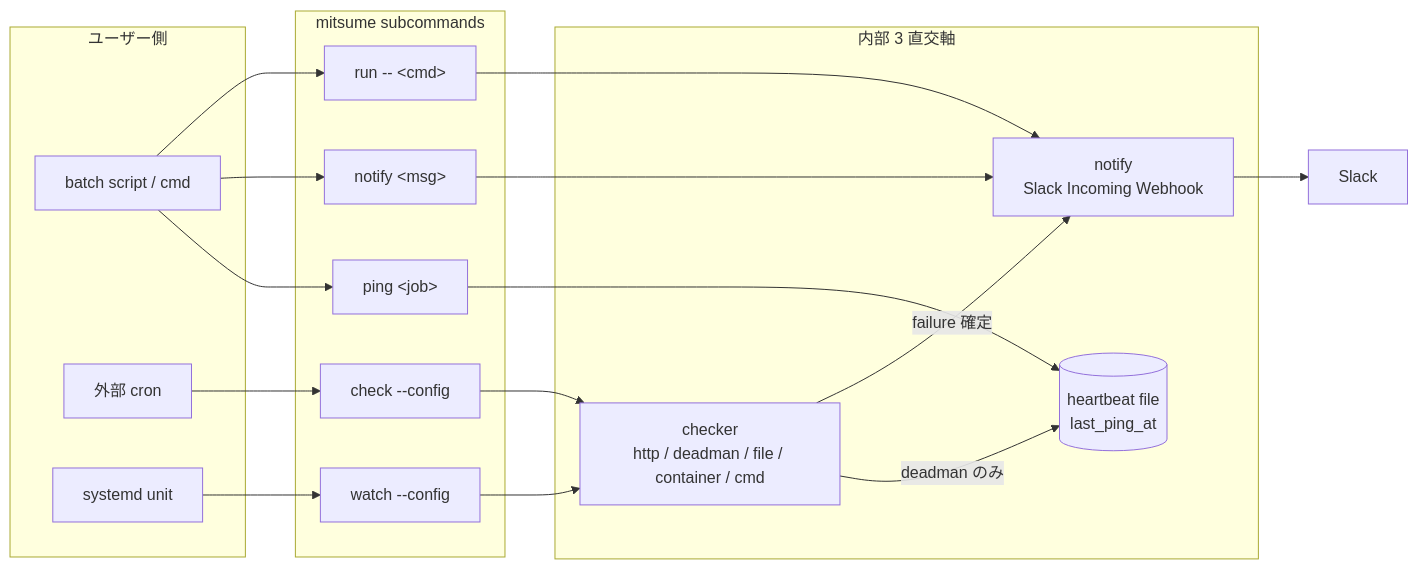
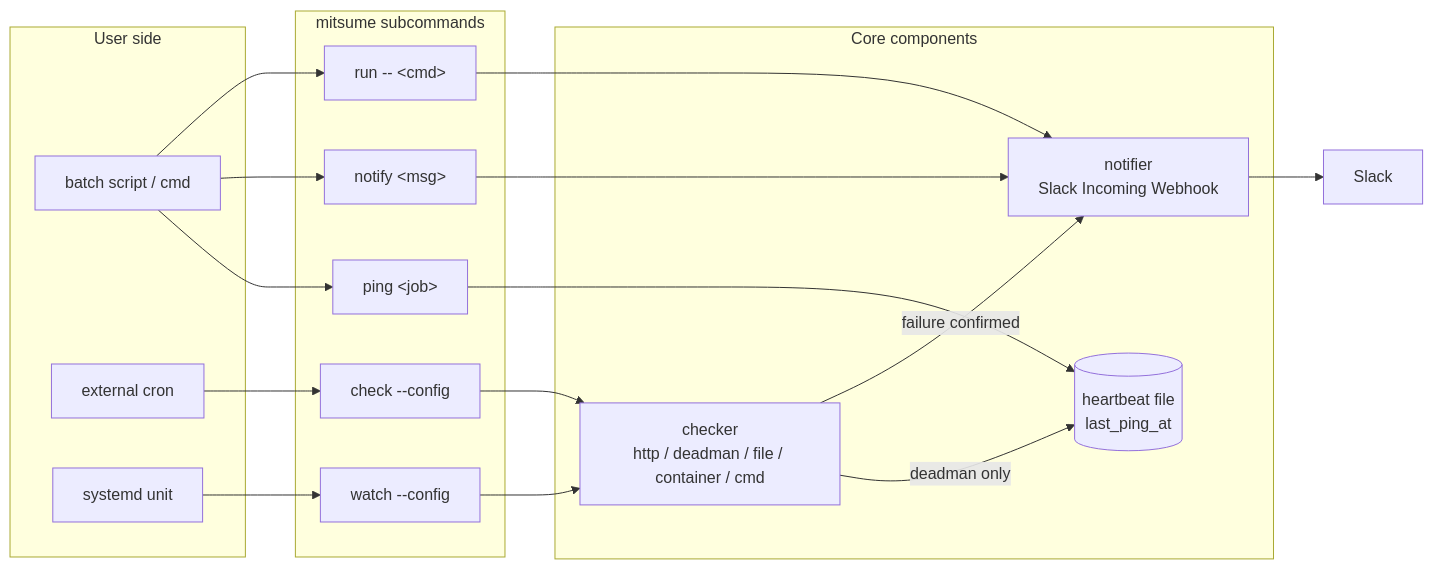
One commit to suecharo/mitsume changed the diagram in docs/architecture.md. Above: the diagram before and after it, drawn with Mermaid. The commit also changed other lines of this file and 9 other files, not shown here.

````diff
--- a/docs/architecture.md
+++ b/docs/architecture.md
@@ -58,39 +77,39 @@
 ```mermaid
 flowchart LR
-    subgraph user["ユーザー側"]
+    subgraph user["User side"]
         script[batch script / cmd]
-        cron[外部 cron]
+        cron[external cron]
         systemd[systemd unit]
     end
 
     subgraph mitsume["mitsume subcommands"]
         ping["ping &lt;job&gt;"]
         notify["notify &lt;msg&gt;"]
         run["run -- &lt;cmd&gt;"]
         check["check --config"]
         watch["watch --config"]
     end
 
-    subgraph core["内部 3 直交軸"]
-        checker[checker\nhttp / deadman / file / container / cmd]
-        notifier[notify\nSlack Incoming Webhook]
-        heartbeat[(heartbeat file\nlast_ping_at)]
+    subgraph core["Core components"]
+        checker["checker\nhttp / deadman / file / container / cmd"]
+        notifier["notifier\nSlack Incoming Webhook"]
+        heartbeat[("heartbeat file\nlast_ping_at")]
     end
 
     slack[Slack]
 
     script --> ping
     script --> notify
     script --> run
     cron --> check
     systemd --> watch
 
     ping --> heartbeat
     notify --> notifier
     run --> notifier
     check --> checker
     watch --> checker
-    checker -->|deadman のみ| heartbeat
-    checker -->|failure 確定| notifier
+    checker -->|deadman only| heartbeat
+    checker -->|failure confirmed| notifier
     notifier --> slack
 ```
````
